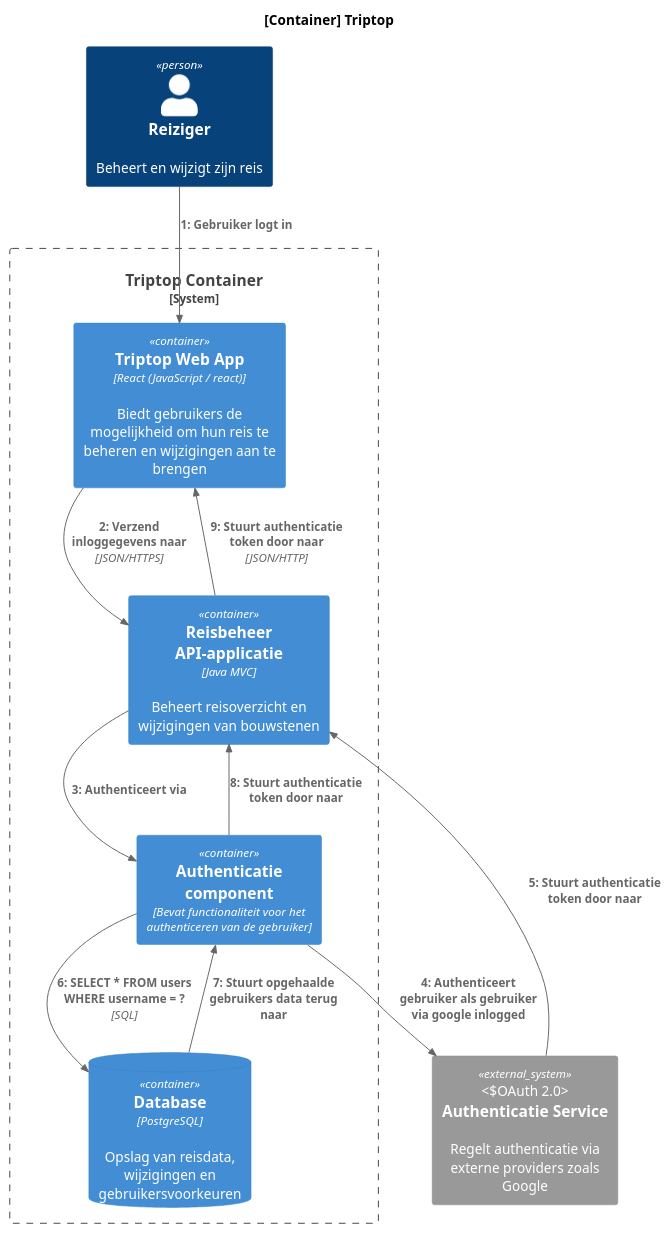
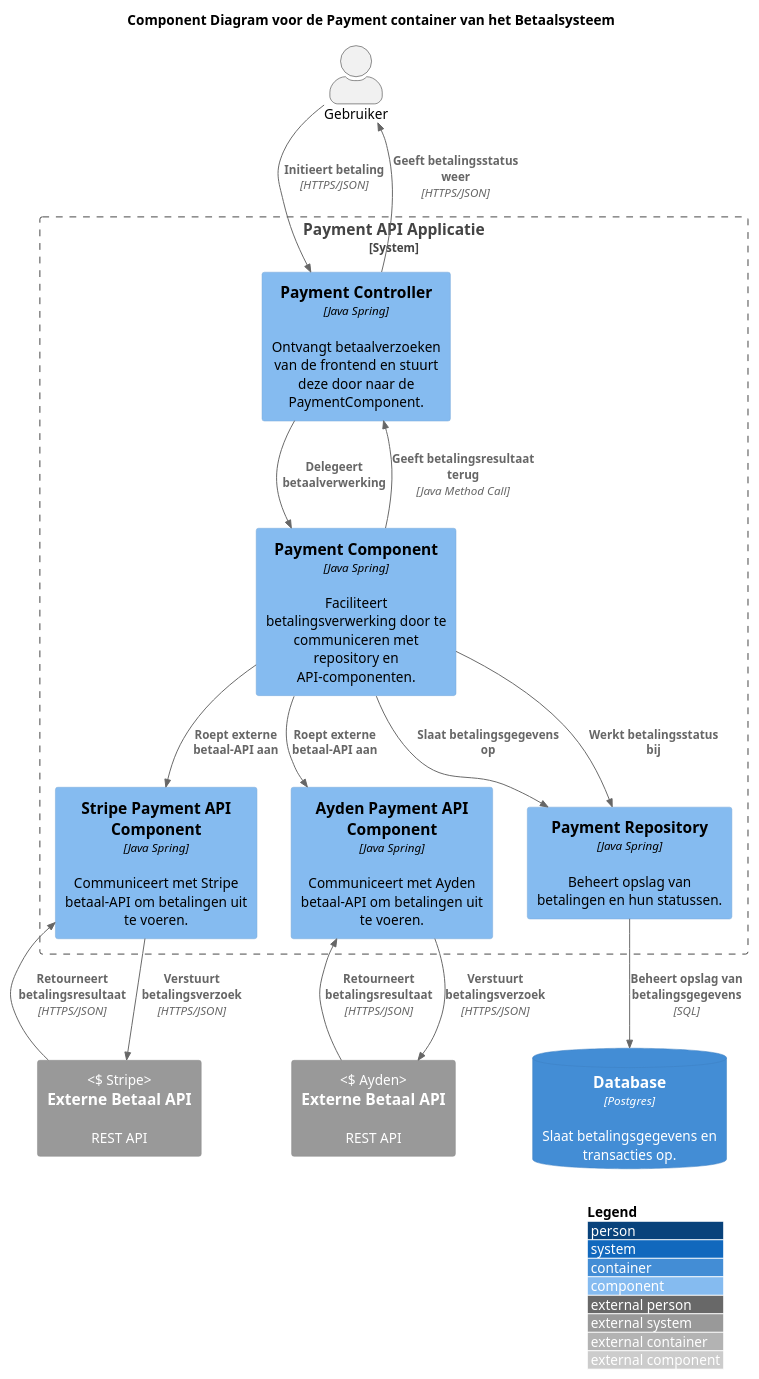
Before and after one commit to AIM-ENE-feb25/triptop-groep-4-afscheidscadeau-voor-juf-kim: the diagram in opdracht-diagrammen/Dynamisch Diagram inloggen.puml, drawn with PlantUML. The commit also changed other lines of this file and 1 other file, not shown here.

````diff
--- a/opdracht-diagrammen/Dynamisch Diagram inloggen.puml
+++ b/opdracht-diagrammen/Dynamisch Diagram inloggen.puml
@@ -1,40 +1,37 @@
 @startuml
-!include https://raw.githubusercontent.com/plantuml-stdlib/C4-PlantUML/master/C4_Dynamic.puml
+!include https://raw.githubusercontent.com/plantuml-stdlib/C4-PlantUML/master/C4_Component.puml
+
+title Component Diagram voor de Payment container van het Betaalsysteem
+
+LAYOUT_WITH_LEGEND()
+
+actor "Gebruiker" as User
+
+System_Boundary(paymentSystem, "Payment API Applicatie") {
+    Component(PaymentController, "Payment Controller", "Java Spring", "Ontvangt betaalverzoeken van de frontend en stuurt deze door naar de PaymentComponent.")
+    Component(PaymentComponent, "Payment Component", "Java Spring", "Faciliteert betalingsverwerking door te communiceren met repository en API-componenten.")
+    Component(PaymentRepository, "Payment Repository", "Java Spring", "Beheert opslag van betalingen en hun statussen.")
+    Component(PaymentAPIComponentStripe, "Stripe Payment API Component", "Java Spring", "Communiceert met Stripe betaal-API om betalingen uit te voeren.")
+    Component(PaymentAPIComponentAyden, "Ayden Payment API Component", "Java Spring", "Communiceert met Ayden betaal-API om betalingen uit te voeren.")
+}
+
+ContainerDb(database, "Database", "Postgres", "Slaat betalingsgegevens en transacties op.")
+System_Ext(paymentAPIStripe, "Externe Betaal API", "REST API", " Stripe")
+System_Ext(paymentAPIAyden, "Externe Betaal API", "REST API", " Ayden")
 
 
-title [Container] Triptop
+Rel(User, PaymentController, "Initieert betaling", "HTTPS/JSON")
+Rel(PaymentController, PaymentComponent, "Delegeert betaalverwerking")
+Rel(PaymentComponent, PaymentRepository, "Slaat betalingsgegevens op")
+Rel(PaymentComponent, PaymentAPIComponentStripe, "Roept externe betaal-API aan")
+Rel(PaymentComponent, PaymentAPIComponentAyden, "Roept externe betaal-API aan")
+Rel(PaymentAPIComponentStripe, paymentAPIStripe, "Verstuurt betalingsverzoek", "HTTPS/JSON")
+Rel(PaymentAPIComponentAyden, paymentAPIAyden, "Verstuurt betalingsverzoek", "HTTPS/JSON")
+Rel(paymentAPIStripe, PaymentAPIComponentStripe, "Retourneert betalingsresultaat", "HTTPS/JSON")
+Rel(paymentAPIAyden, PaymentAPIComponentAyden, "Retourneert betalingsresultaat", "HTTPS/JSON")
+Rel(PaymentComponent, PaymentRepository, "Werkt betalingsstatus bij")
+Rel(PaymentComponent, PaymentController, "Geeft betalingsresultaat terug", "Java Method Call")
+Rel(PaymentController, User, "Geeft betalingsstatus weer", "HTTPS/JSON")
+Rel(PaymentRepository, database, "Beheert opslag van betalingsgegevens", "SQL")
 
-Person(user, "Reiziger", "Beheert en wijzigt zijn reis")
-
-System_Boundary(triptop, "Triptop Container") {
-
-    Container(web, "Triptop Web App", "React (JavaScript / react)", "Biedt gebruikers de mogelijkheid om hun reis te beheren en wijzigingen aan te brengen")
-
-'    Nodig?
-'    Container(api, "API Gateway", "Java MVC", "")
-
-    Container(trip_manager, "Reisbeheer API-applicatie", "Java MVC", "Beheert reisoverzicht en wijzigingen van bouwstenen")
-
-    ContainerDb(db, "Database", "PostgreSQL", "Opslag van reisdata, wijzigingen en gebruikersvoorkeuren")
-
-    Container(authenticatie, "Authenticatie component", "Bevat functionaliteit voor het authenticeren van de gebruiker")
-
-}
-
-System_Ext(authService, "Authenticatie Service", "Regelt authenticatie via externe providers zoals Google", OAuth 2.0)
-
-Rel(user, web, "Gebruiker logt in")
-Rel(web, trip_manager, "Verzend inloggegevens naar", JSON/HTTPS)
-
-Rel(trip_manager, authenticatie, "Authenticeert via")
-Rel(authenticatie, authService, "Authenticeert gebruiker als gebruiker via google inlogged")
-Rel(authService, trip_manager, "Stuurt authenticatie token door naar")
-
-Rel(authenticatie, db,"SELECT * FROM users WHERE username = ?", "SQL")
-Rel(db, authenticatie, "Stuurt opgehaalde gebruikers data terug naar")
-Rel(authenticatie, trip_manager, "Stuurt authenticatie token door naar")
-Rel(trip_manager, web, "Stuurt authenticatie token door naar", "JSON/HTTP")
-
-
-
-@enduml```
+@enduml
````
